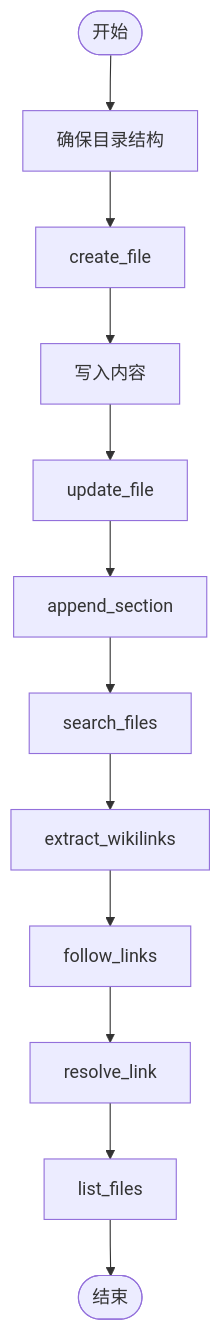
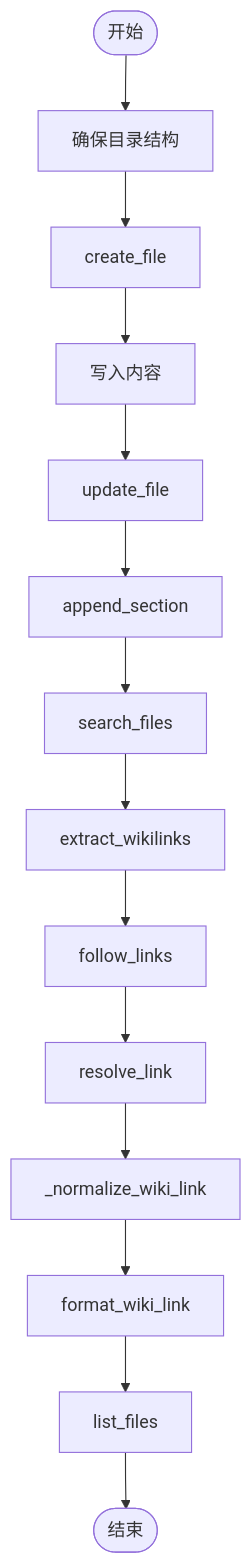
Before and after one commit to WangYiKai1017/zizuan: the fifth of 7 diagrams in .qoder/repowiki/zh/content/记忆管理系统/记忆管理系统.md, drawn with Mermaid. The commit also changed other lines of this file and 99 other files, not shown here.

````diff
--- a/.qoder/repowiki/zh/content/记忆管理系统/记忆管理系统.md
+++ b/.qoder/repowiki/zh/content/记忆管理系统/记忆管理系统.md
@@ -260,14 +277,16 @@
 ```mermaid
 flowchart TD
 Start(["开始"]) --> EnsureDirs["确保目录结构"]
 EnsureDirs --> CreateFile["create_file"]
 CreateFile --> WriteContent["写入内容"]
 WriteContent --> UpdateFile["update_file"]
 UpdateFile --> AppendSection["append_section"]
 AppendSection --> SearchFiles["search_files"]
 SearchFiles --> ExtractLinks["extract_wikilinks"]
 ExtractLinks --> FollowLinks["follow_links"]
 FollowLinks --> ResolveLink["resolve_link"]
-ResolveLink --> ListFiles["list_files"]
+ResolveLink --> NormalizeLink["_normalize_wiki_link"]
+NormalizeLink --> FormatLink["format_wiki_link"]
+FormatLink --> ListFiles["list_files"]
 ListFiles --> End(["结束"])
 ```
````
